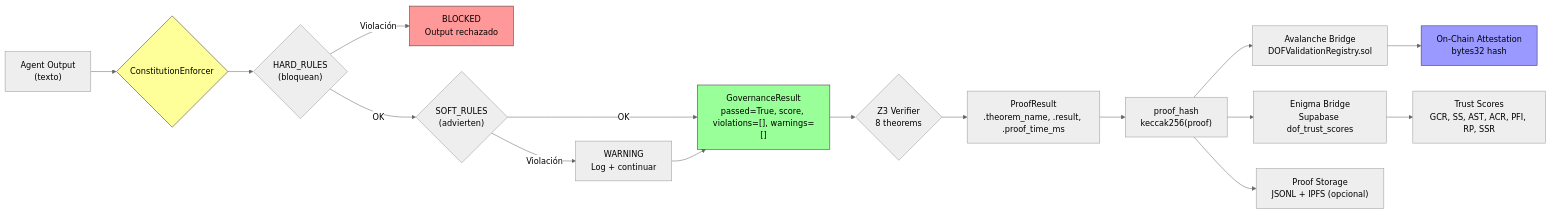
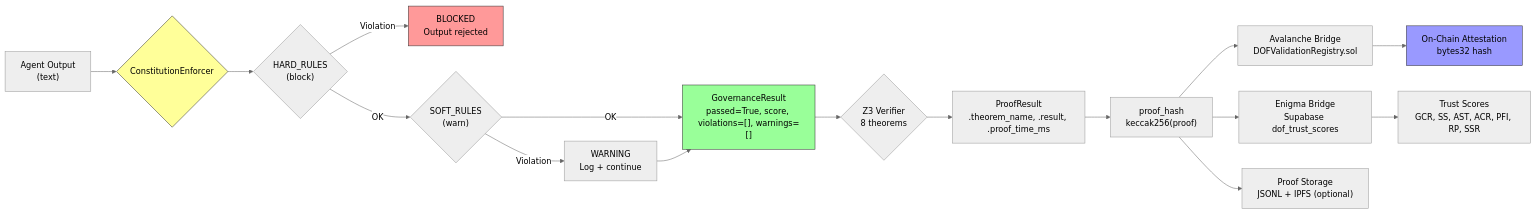
Before and after one commit to Cyberpaisa/DOF-MESH: the fourth of 8 diagrams in docs/04_strategy/SYSTEM_REPORT_v0.5.md, drawn with Mermaid (neutral theme). The commit also changed other lines of this file and 63 other files, not shown here.

````diff
--- a/docs/04_strategy/SYSTEM_REPORT_v0.5.md
+++ b/docs/04_strategy/SYSTEM_REPORT_v0.5.md
@@ -197,29 +197,29 @@
 ```mermaid
 flowchart LR
-    OUT["Agent Output<br/>(texto)"] --> CE{"ConstitutionEnforcer"}
+    OUT["Agent Output<br/>(text)"] --> CE{"ConstitutionEnforcer"}
 
-    CE --> HR{"HARD_RULES<br/>(bloquean)"}
-    HR -->|"Violación"| BLOCK["BLOCKED<br/>Output rechazado"]
-    HR -->|"OK"| SR{"SOFT_RULES<br/>(advierten)"}
+    CE --> HR{"HARD_RULES<br/>(block)"}
+    HR -->|"Violation"| BLOCK["BLOCKED<br/>Output rejected"]
+    HR -->|"OK"| SR{"SOFT_RULES<br/>(warn)"}
 
-    SR -->|"Violación"| WARN["WARNING<br/>Log + continuar"]
+    SR -->|"Violation"| WARN["WARNING<br/>Log + continue"]
     SR -->|"OK"| GR["GovernanceResult<br/>passed=True, score, violations=[], warnings=[]"]
 
     WARN --> GR
 
     GR --> Z3{"Z3 Verifier<br/>8 theorems"}
     Z3 --> PR["ProofResult<br/>.theorem_name, .result, .proof_time_ms"]
     PR --> PH["proof_hash<br/>keccak256(proof)"]
 
     PH --> AVA["Avalanche Bridge<br/>DOFValidationRegistry.sol"]
     PH --> ENI["Enigma Bridge<br/>Supabase dof_trust_scores"]
-    PH --> PS["Proof Storage<br/>JSONL + IPFS (opcional)"]
+    PH --> PS["Proof Storage<br/>JSONL + IPFS (optional)"]
 
     AVA --> ATT["On-Chain Attestation<br/>bytes32 hash"]
     ENI --> TS["Trust Scores<br/>GCR, SS, AST, ACR, PFI, RP, SSR"]
 
     style CE fill:#ff9,stroke:#333
     style BLOCK fill:#f99,stroke:#333
     style GR fill:#9f9,stroke:#333
     style ATT fill:#99f,stroke:#333
 ```
````
